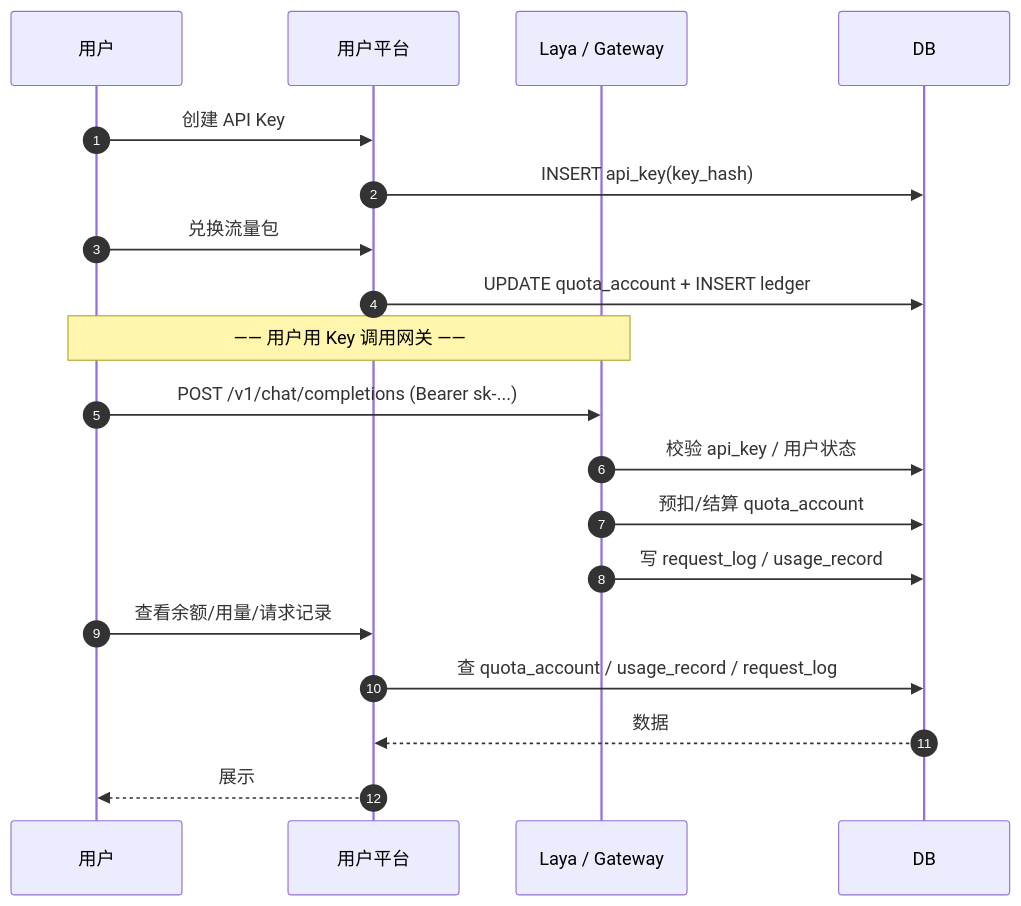
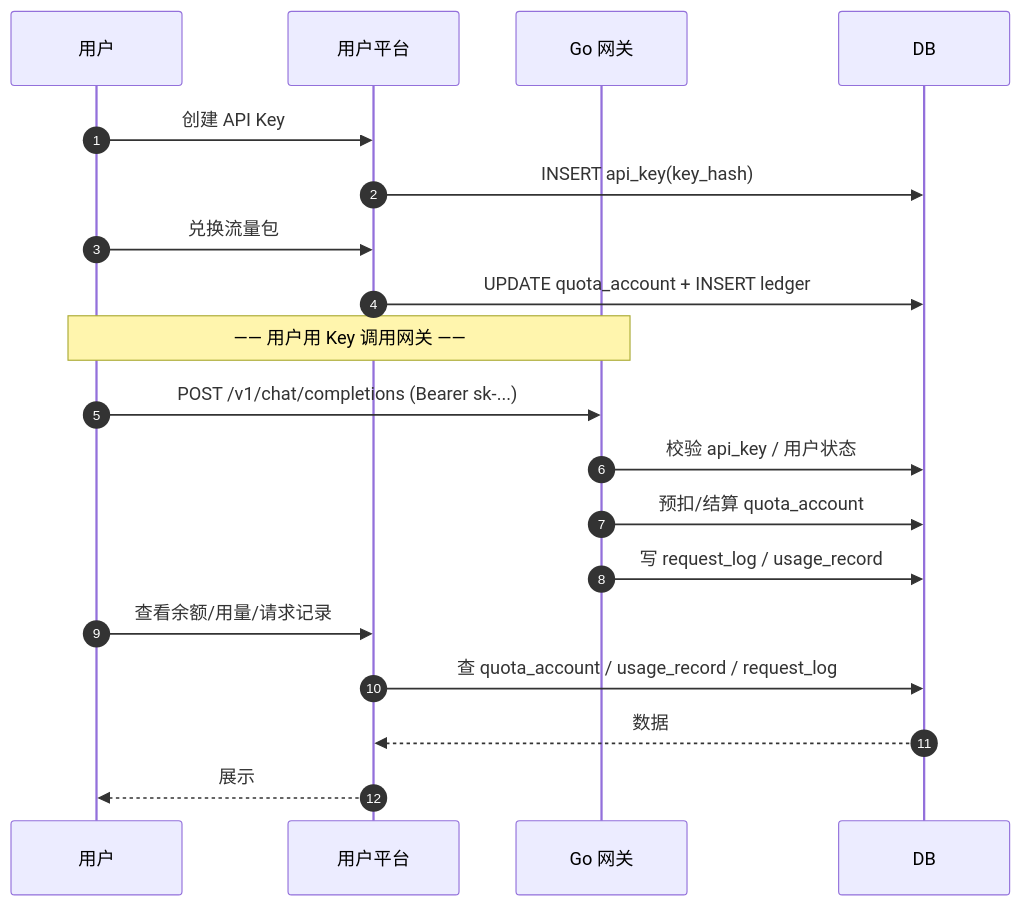
Before and after one commit to hchw/slogan: the ninth of 9 diagrams in docs/design-user-platform.md, drawn with Mermaid. The commit also changed other lines of this file and 126 other files, not shown here.

````diff
--- a/docs/design-user-platform.md
+++ b/docs/design-user-platform.md
@@ -633,21 +635,21 @@
 ```mermaid
 sequenceDiagram
     autonumber
     participant U as 用户
     participant UC as 用户平台
-    participant G as Laya / Gateway
+    participant G as Go 网关
     participant DB as DB
     U->>UC: 创建 API Key
     UC->>DB: INSERT api_key(key_hash)
     U->>UC: 兑换流量包
     UC->>DB: UPDATE quota_account + INSERT ledger
     Note over U,G: —— 用户用 Key 调用网关 ——
     U->>G: POST /v1/chat/completions (Bearer sk-...)
     G->>DB: 校验 api_key / 用户状态
     G->>DB: 预扣/结算 quota_account
     G->>DB: 写 request_log / usage_record
     U->>UC: 查看余额/用量/请求记录
     UC->>DB: 查 quota_account / usage_record / request_log
     DB-->>UC: 数据
     UC-->>U: 展示
 ```
````
